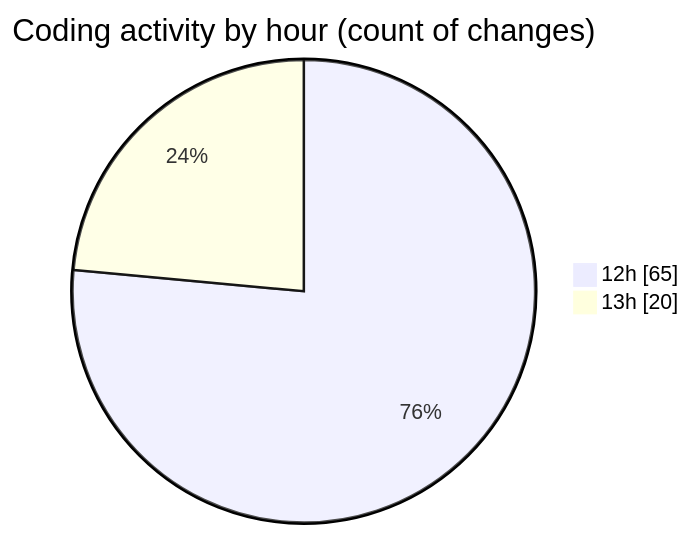
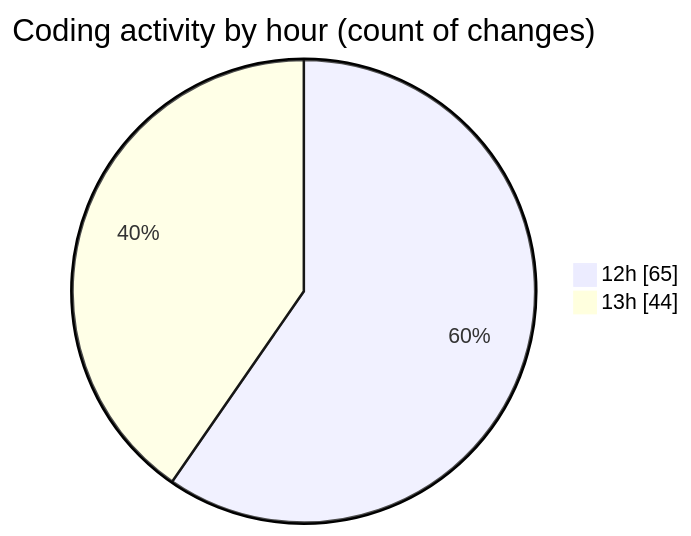
One commit to lephambinh05/code-tracking changed the second of 2 diagrams in 2025-07-19/eduwallet-main/README.md. Above: the diagram before and after it, drawn with Mermaid. The commit also changed other lines of this file and 1 other file, not shown here.

````diff
--- a/2025-07-19/eduwallet-main/README.md
+++ b/2025-07-19/eduwallet-main/README.md
@@ -71,6 +81,6 @@
 ```mermaid
 pie showData
 title Coding activity by hour (count of changes)
 "12h" : 65
-"13h" : 20
+"13h" : 44
 ```
````
